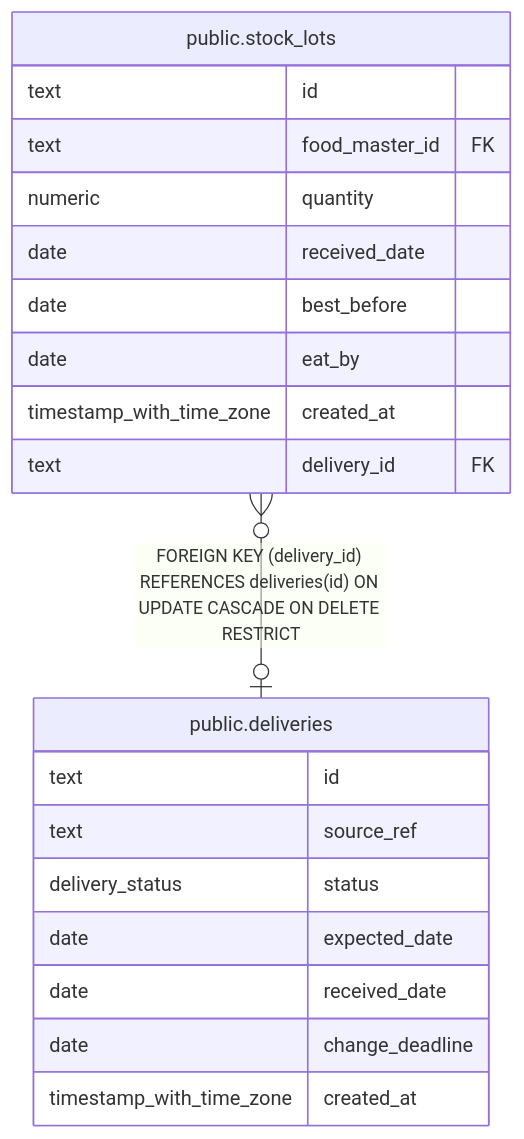
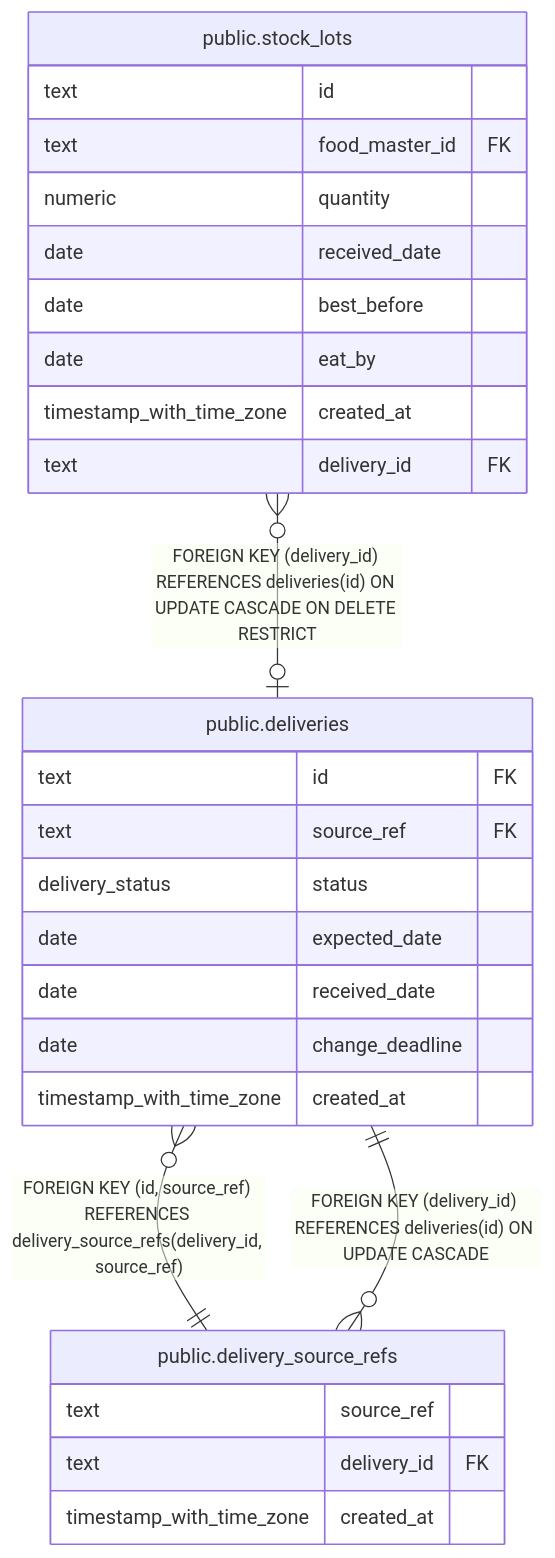
Before and after one commit to fohte/meshi: the diagram in server/docs/db/public.deliveries.md, drawn with Mermaid. The commit also changed other lines of this file and 33 other files, not shown here.

Commit message:
stock: correct references for received deliveries (#279)

````diff
--- a/server/docs/db/public.deliveries.md
+++ b/server/docs/db/public.deliveries.md
@@ -41,25 +42,32 @@
 ```mermaid
 erDiagram
 
+"public.deliveries" }o--|| "public.delivery_source_refs" : "FOREIGN KEY (id, source_ref) REFERENCES delivery_source_refs(delivery_id, source_ref)"
 "public.stock_lots" }o--o| "public.deliveries" : "FOREIGN KEY (delivery_id) REFERENCES deliveries(id) ON UPDATE CASCADE ON DELETE RESTRICT"
+"public.delivery_source_refs" }o--|| "public.deliveries" : "FOREIGN KEY (delivery_id) REFERENCES deliveries(id) ON UPDATE CASCADE"
 
 "public.deliveries" {
-  text id
-  text source_ref
+  text id FK
+  text source_ref FK
   delivery_status status
   date expected_date
   date received_date
   date change_deadline
+  timestamp_with_time_zone created_at
+}
+"public.delivery_source_refs" {
+  text source_ref
+  text delivery_id FK
   timestamp_with_time_zone created_at
 }
 "public.stock_lots" {
   text id
   text food_master_id FK
   numeric quantity
   date received_date
   date best_before
   date eat_by
   timestamp_with_time_zone created_at
   text delivery_id FK
 }
 ```
````
